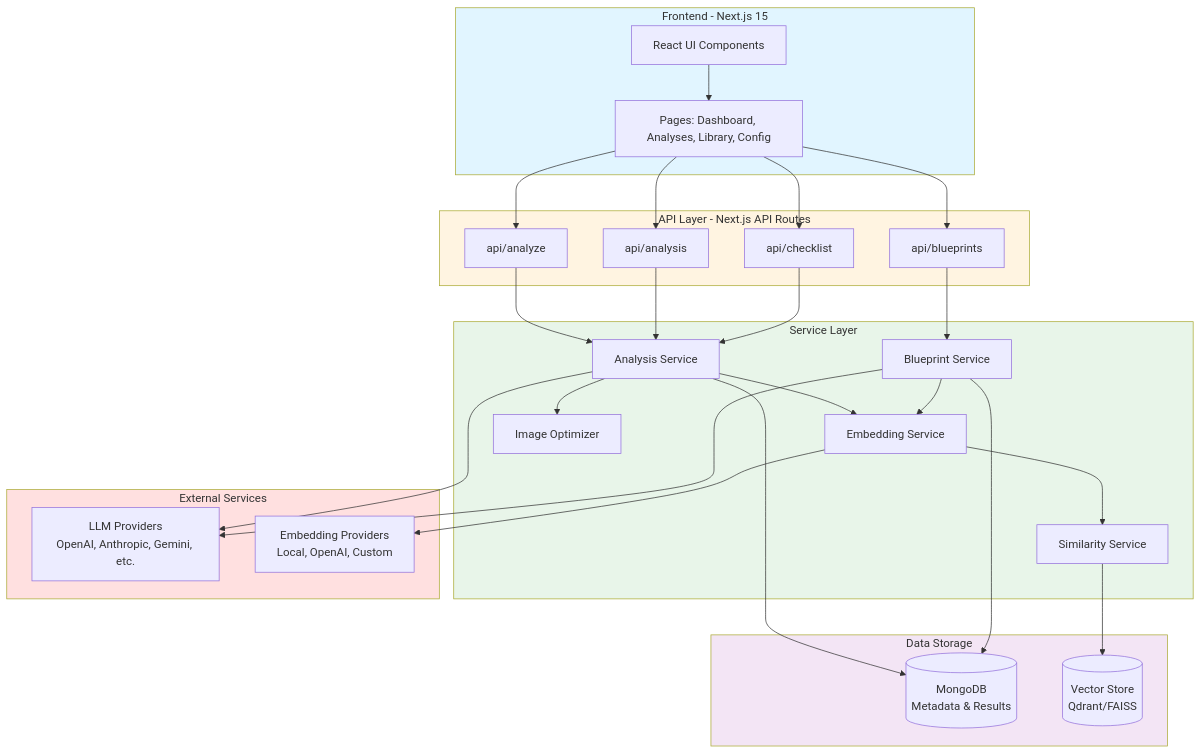
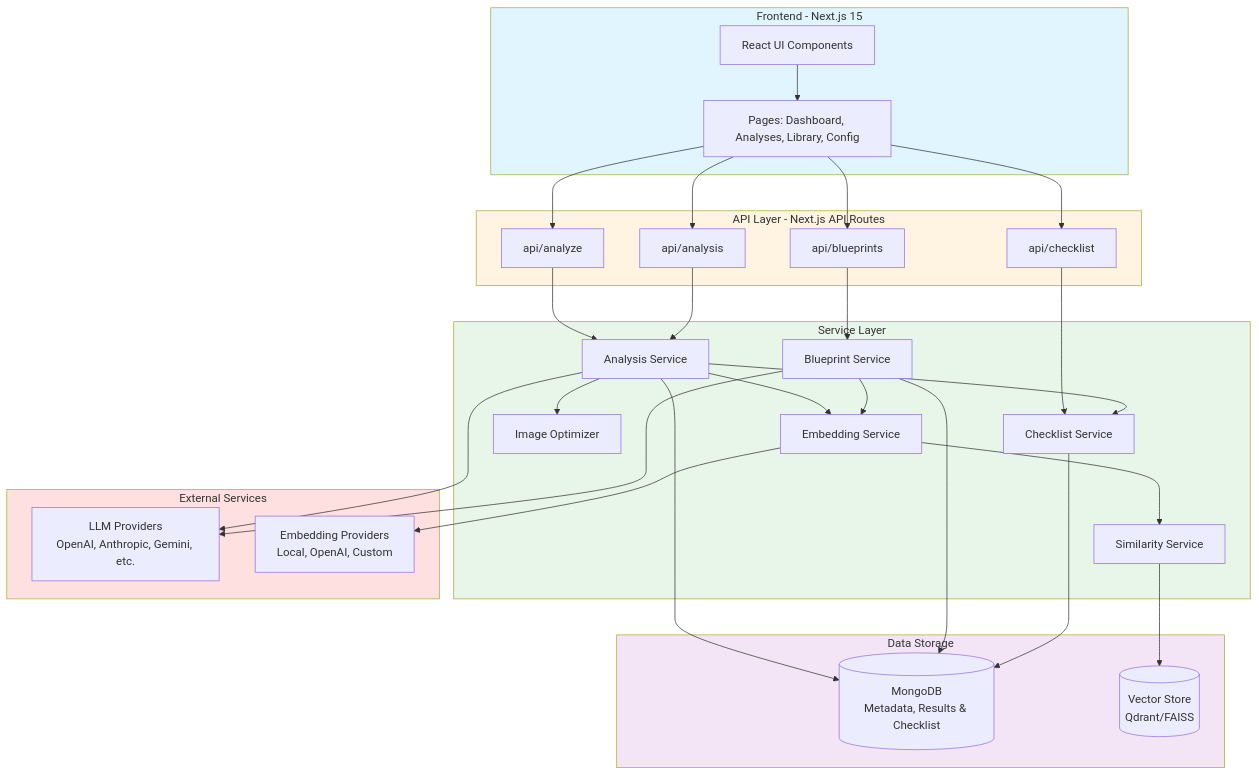
The diagram in archlens-app/architecture.mmd (roshinpv1/archlens), drawn with Mermaid before and after one commit. The commit also changed 9 other files, not shown here.

```diff
--- a/archlens-app/architecture.mmd
+++ b/archlens-app/architecture.mmd
@@ -1,60 +1,64 @@
 graph TB
     subgraph Frontend["Frontend - Next.js 15"]
         UI[React UI Components]
         Pages[Pages: Dashboard, Analyses, Library, Config]
     end
     
     subgraph API["API Layer - Next.js API Routes"]
         AnalyzeAPI[api/analyze]
         BlueprintAPI[api/blueprints]
         AnalysisAPI[api/analysis]
         ChecklistAPI[api/checklist]
     end
     
     subgraph Services["Service Layer"]
         AnalysisService[Analysis Service]
         BlueprintService[Blueprint Service]
         EmbeddingService[Embedding Service]
         SimilarityService[Similarity Service]
         ImageOptimizer[Image Optimizer]
+        ChecklistService[Checklist Service]
     end
     
     subgraph Data["Data Storage"]
-        MongoDB[(MongoDB<br/>Metadata & Results)]
+        MongoDB[(MongoDB<br/>Metadata, Results & Checklist)]
         VectorStore[(Vector Store<br/>Qdrant/FAISS)]
     end
     
     subgraph External["External Services"]
         LLMClient[LLM Providers<br/>OpenAI, Anthropic, Gemini, etc.]
         EmbeddingClient[Embedding Providers<br/>Local, OpenAI, Custom]
     end
     
     UI --> Pages
     Pages --> AnalyzeAPI
     Pages --> BlueprintAPI
     Pages --> AnalysisAPI
     Pages --> ChecklistAPI
     
     AnalyzeAPI --> AnalysisService
     BlueprintAPI --> BlueprintService
     AnalysisAPI --> AnalysisService
-    ChecklistAPI --> AnalysisService
+    ChecklistAPI --> ChecklistService
     
     AnalysisService --> LLMClient
     AnalysisService --> EmbeddingService
     AnalysisService --> ImageOptimizer
+    AnalysisService --> ChecklistService
     AnalysisService --> MongoDB
     
     BlueprintService --> LLMClient
     BlueprintService --> EmbeddingService
     BlueprintService --> MongoDB
+    
+    ChecklistService --> MongoDB
     
     EmbeddingService --> EmbeddingClient
     EmbeddingService --> SimilarityService
     SimilarityService --> VectorStore
     
     style Frontend fill:#e1f5ff
     style API fill:#fff4e1
     style Services fill:#e8f5e9
     style Data fill:#f3e5f5
     style External fill:#ffe0e0
```
